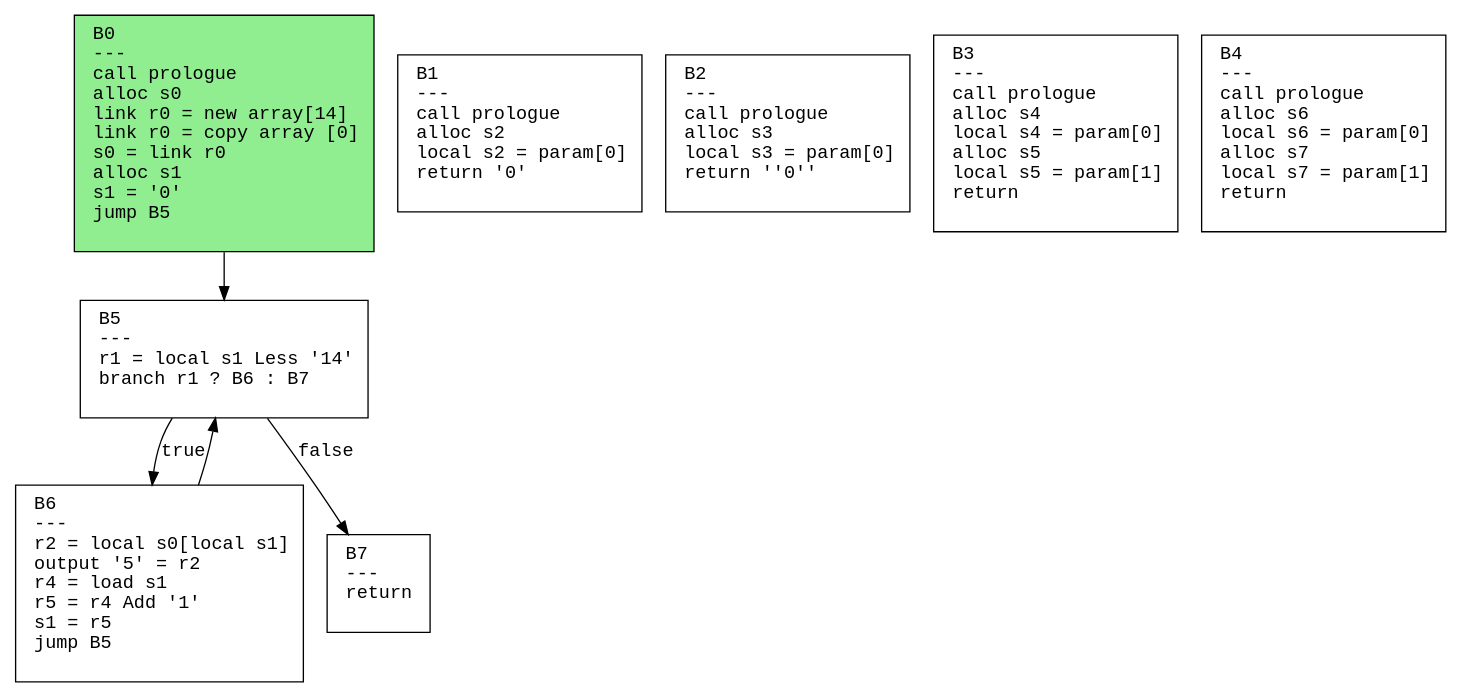
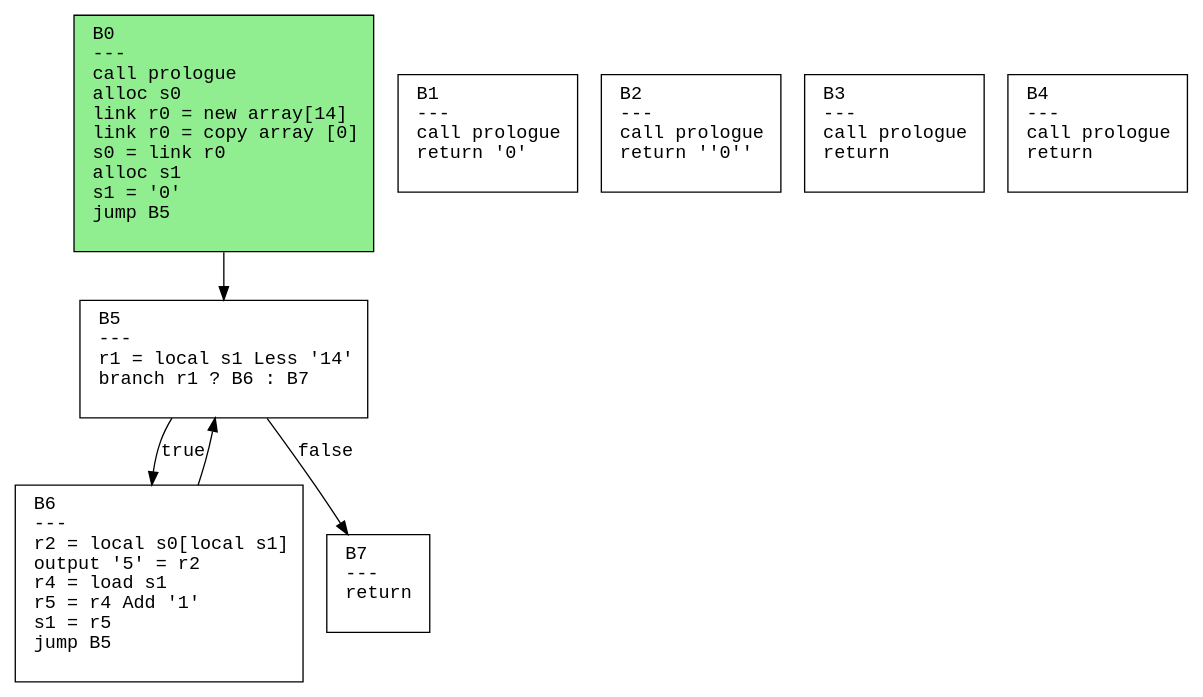
One commit to safarislava/ProcTranslator changed the diagram in schemes/hello_world.dot. Above: the diagram before and after it, drawn with Graphviz. The commit also changed 26 other files, not shown here.

```diff
--- a/schemes/hello_world.dot
+++ b/schemes/hello_world.dot
@@ -1,19 +1,19 @@
 digraph CFG {
   rankdir=TB;
   node [shape=box, fontname="Courier", style=filled, fillcolor=white, margin="0.2,0.1"];
   edge [fontname="Courier"];
 
   "B0" [label="B0\l---\lcall prologue\lalloc s0\llink r0 = new array[14]\llink r0 = copy array [0]\ls0 = link r0\lalloc s1\ls1 = '0'\ljump B5\l "];
-  "B1" [label="B1\l---\lcall prologue\lalloc s2\llocal s2 = param[0]\lreturn '0'\l "];
-  "B2" [label="B2\l---\lcall prologue\lalloc s3\llocal s3 = param[0]\lreturn ''0''\l "];
-  "B3" [label="B3\l---\lcall prologue\lalloc s4\llocal s4 = param[0]\lalloc s5\llocal s5 = param[1]\lreturn\l "];
-  "B4" [label="B4\l---\lcall prologue\lalloc s6\llocal s6 = param[0]\lalloc s7\llocal s7 = param[1]\lreturn\l "];
+  "B1" [label="B1\l---\lcall prologue\lreturn '0'\l "];
+  "B2" [label="B2\l---\lcall prologue\lreturn ''0''\l "];
+  "B3" [label="B3\l---\lcall prologue\lreturn\l "];
+  "B4" [label="B4\l---\lcall prologue\lreturn\l "];
   "B5" [label="B5\l---\lr1 = local s1 Less '14'\lbranch r1 ? B6 : B7\l "];
   "B6" [label="B6\l---\lr2 = local s0[local s1]\loutput '5' = r2\lr4 = load s1\lr5 = r4 Add '1'\ls1 = r5\ljump B5\l "];
   "B7" [label="B7\l---\lreturn\l "];
   "B0" -> "B5";
   "B5" -> "B6" [label="true"];
   "B5" -> "B7" [label="false"];
   "B6" -> "B5";
   "B0" [fillcolor=lightgreen];
 }
```
